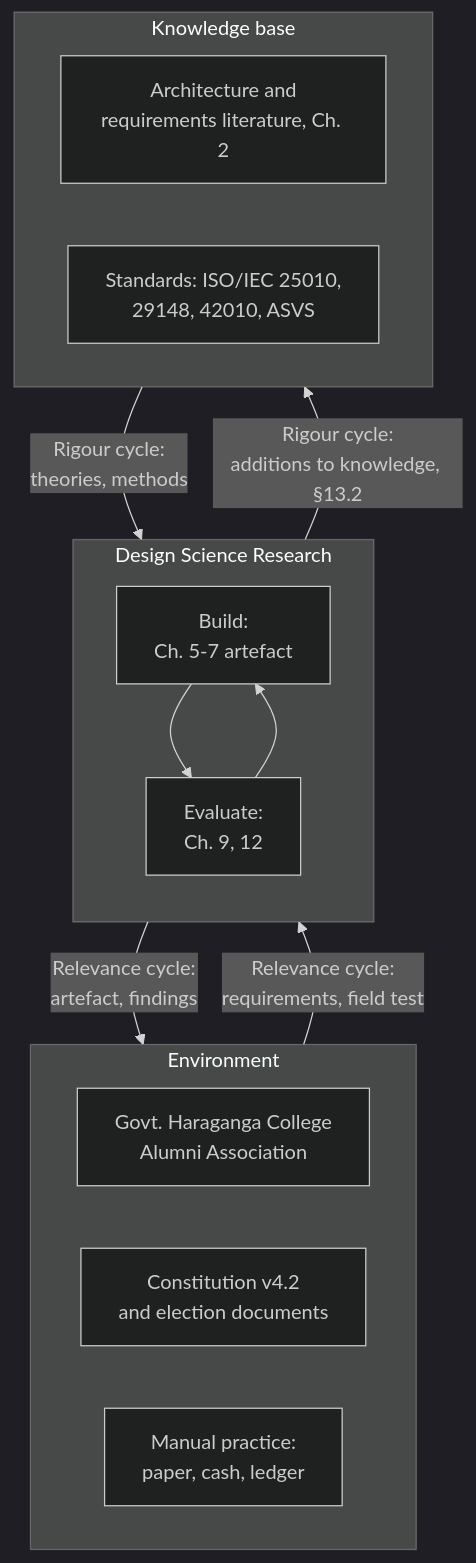
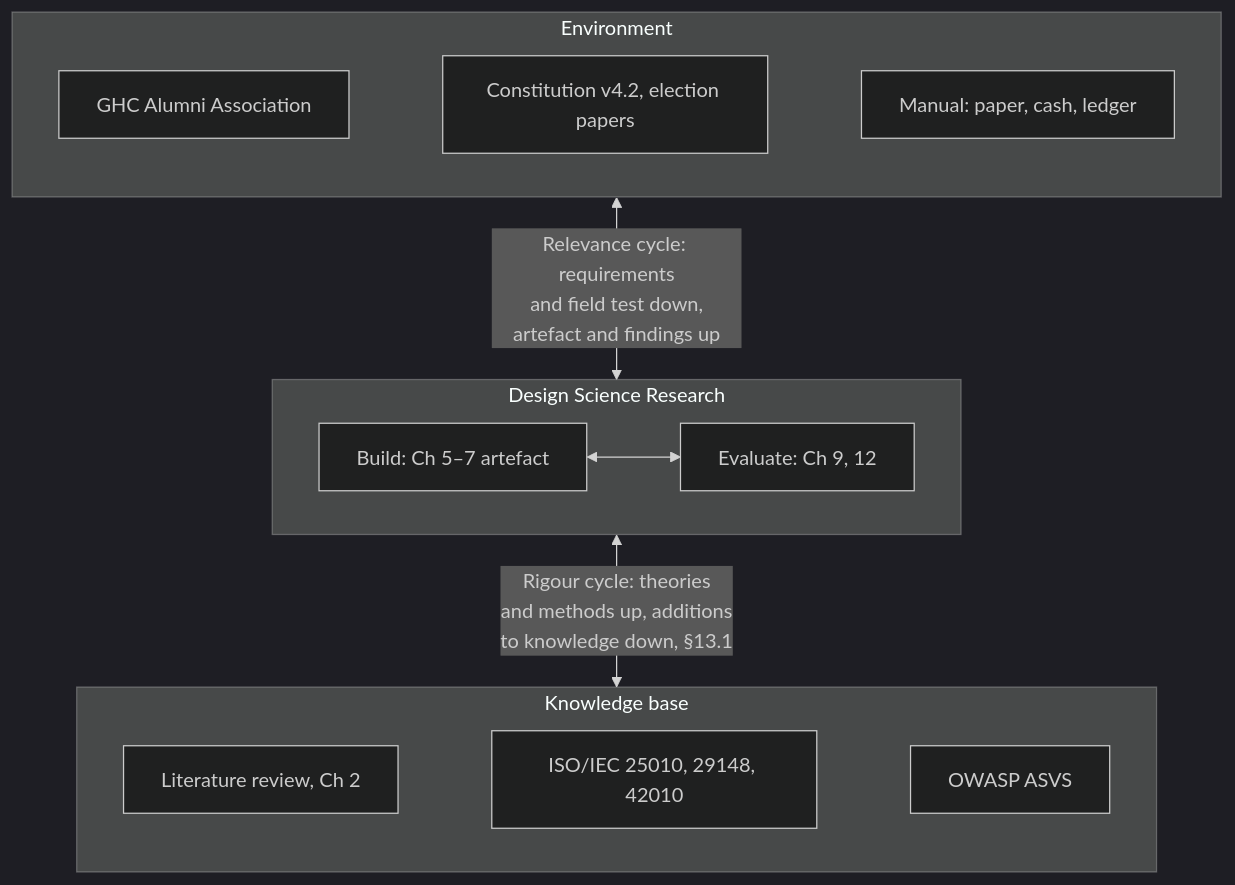
The first of 5 diagrams in docs/book/04-methodology.md (shalin-rahman/GHCAA), drawn with Mermaid (dark theme) before and after one commit. The commit also changed other lines of this file and 42 other files, not shown here.

````diff
--- a/docs/book/04-methodology.md
+++ b/docs/book/04-methodology.md
@@ -448,24 +446,17 @@
 ```mermaid
 flowchart TB
     subgraph ENV["Environment"]
       direction LR
-      E1[Govt. Haraganga College<br/>Alumni Association]
-      E2[Constitution v4.2<br/>and election documents]
-      E3[Manual practice:<br/>paper, cash, ledger]
+      E1[GHC Alumni Association] ~~~ E2[Constitution v4.2, election papers] ~~~ E3[Manual: paper, cash, ledger]
     end
     subgraph DSR["Design Science Research"]
-      direction TB
-      B[Build:<br/>Ch. 5-7 artefact]
-      E[Evaluate:<br/>Ch. 9, 12]
-      B --> E --> B
+      direction LR
+      B[Build: Ch 5–7 artefact] <--> E[Evaluate: Ch 9, 12]
     end
     subgraph KB["Knowledge base"]
       direction LR
-      K1[Architecture and<br/>requirements literature, Ch. 2]
-      K2[Standards: ISO/IEC 25010,<br/>29148, 42010, ASVS]
+      K1[Literature review, Ch 2] ~~~ K2[ISO/IEC 25010, 29148, 42010] ~~~ K3[OWASP ASVS]
     end
-    ENV -->|Relevance cycle:<br/>requirements, field test| DSR
-    DSR -->|Relevance cycle:<br/>artefact, findings| ENV
-    KB -->|Rigour cycle:<br/>theories, methods| DSR
-    DSR -->|Rigour cycle:<br/>additions to knowledge, §13.2| KB
+    ENV <-->|"Relevance cycle: requirements<br/>and field test down,<br/>artefact and findings up"| DSR
+    DSR <-->|"Rigour cycle: theories<br/>and methods up, additions<br/>to knowledge down, §13.1"| KB
 ```
````
